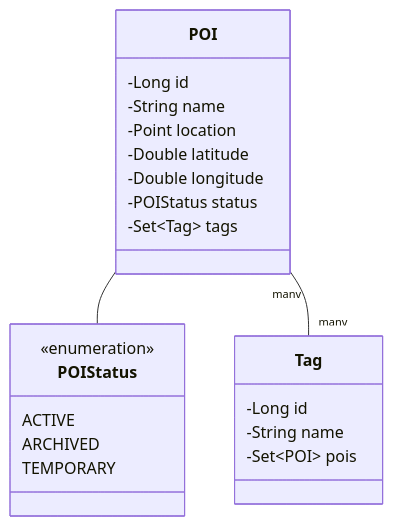
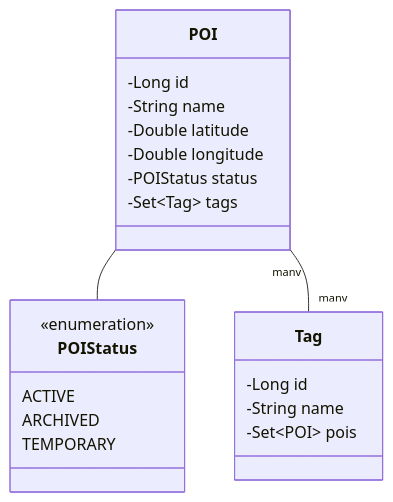
The diagram in Learning Docs/entity_model_implementation.md (hashtagsachin/GeoPin), drawn with Mermaid before and after one commit. The commit also changed other lines of this file, not shown here.

````diff
--- a/Learning Docs/entity_model_implementation.md
+++ b/Learning Docs/entity_model_implementation.md
@@ -7,25 +9,24 @@
 ```mermaid
 classDiagram
     class POI {
         -Long id
         -String name
-        -Point location
         -Double latitude
         -Double longitude
         -POIStatus status
         -Set~Tag~ tags
     }
     class Tag {
         -Long id
         -String name
         -Set~POI~ pois
     }
     class POIStatus {
         <<enumeration>>
         ACTIVE
         ARCHIVED
         TEMPORARY
     }
     POI -- POIStatus
     POI "many" -- "many" Tag
 ```
````
